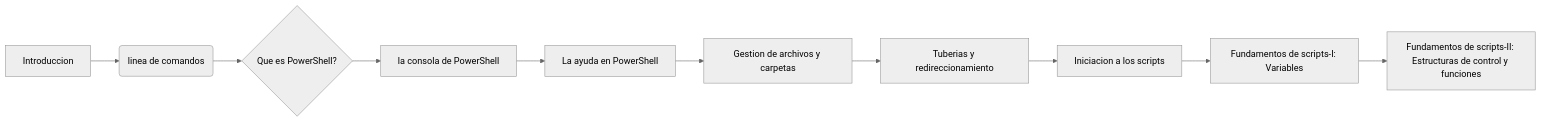
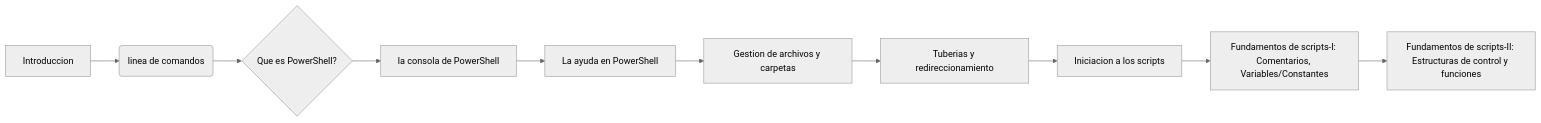
Before and after one commit to Jloen1999/PrimeraECTSFC: the diagram in README.md, drawn with Mermaid (neutral theme). The commit also changed other lines of this file and 209 other files, not shown here.

````diff
--- a/README.md
+++ b/README.md
@@ -90,12 +90,12 @@
 ```mermaid
 flowchart LR;
 A[Introduccion]-->B(linea de comandos)
 B --> C{Que es PowerShell?}
 C -->D[la consola de PowerShell]
 D -->E[La ayuda en PowerShell]
 E -->F[Gestion de archivos y carpetas]
 F -->G[Tuberias y redireccionamiento]
 G -->H[Iniciacion a los scripts]
-H -->I[Fundamentos de scripts-I: Variables]
+H -->I[Fundamentos de scripts-I: Comentarios, Variables/Constantes]
 I -->J[Fundamentos de scripts-II: Estructuras de control y funciones]
 ```
````
